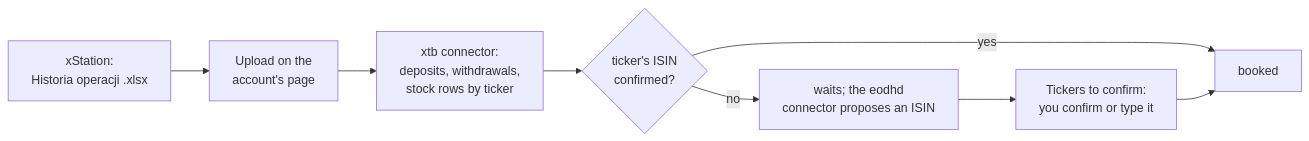
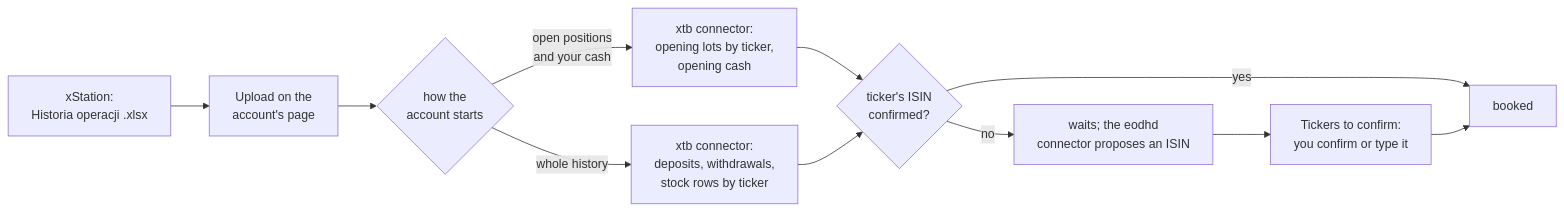
The diagram in docs/guides/xtb.md (arkadiuss/openfief), drawn with Mermaid before and after one commit. The commit also changed other lines of this file and 162 other files, not shown here.

````diff
--- a/docs/guides/xtb.md
+++ b/docs/guides/xtb.md
@@ -14,10 +16,13 @@
 ```mermaid
 flowchart LR
   x["xStation:<br/>Historia operacji .xlsx"] --> u["Upload on the<br/>account's page"]
-  u --> p["xtb connector:<br/>deposits, withdrawals,<br/>stock rows by ticker"]
+  u --> s{"how the<br/>account starts"}
+  s -- "whole history" --> p["xtb connector:<br/>deposits, withdrawals,<br/>stock rows by ticker"]
+  s -- "open positions<br/>and your cash" --> o["xtb connector:<br/>opening lots by ticker,<br/>opening cash"]
+  o --> b
   p --> b{"ticker's ISIN<br/>confirmed?"}
   b -- yes --> l["booked"]
   b -- no --> w["waits; the eodhd<br/>connector proposes an ISIN"]
   w --> c["Tickers to confirm:<br/>you confirm or type it"]
   c --> l
 ```
````
